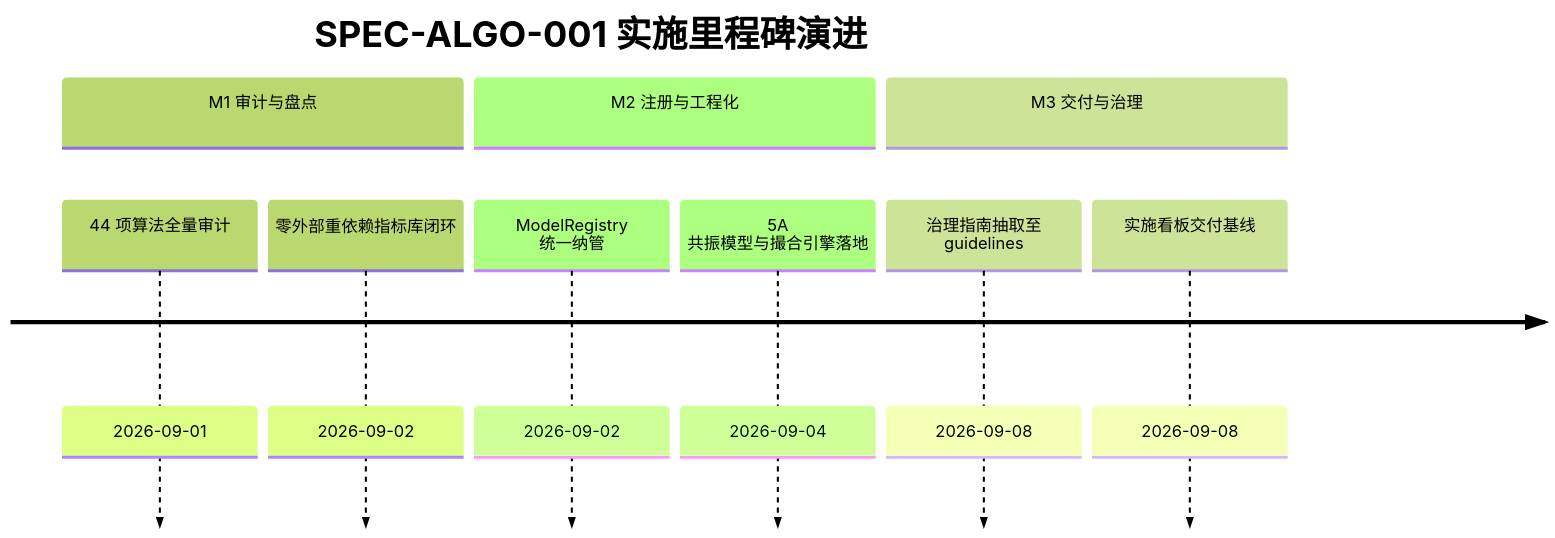
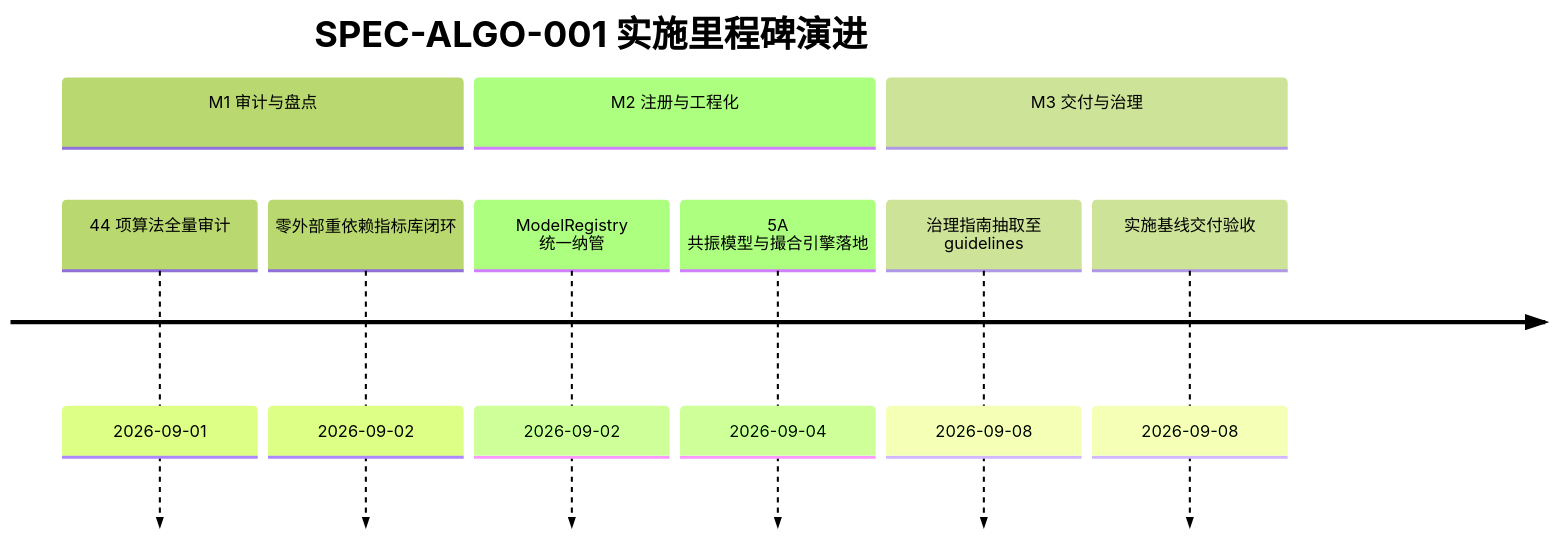
One commit to cvdnn/a_stock_agents changed the diagram in docs/specs/algorithm/algo-lifecycle-and-governance-specification.md. Above: the diagram before and after it, drawn with Mermaid (forest theme). The commit also changed other lines of this file and 6 other files, not shown here.

````diff
--- a/docs/specs/algorithm/algo-lifecycle-and-governance-specification.md
+++ b/docs/specs/algorithm/algo-lifecycle-and-governance-specification.md
@@ -44,13 +44,13 @@
 ```mermaid
 timeline
     title SPEC-ALGO-001 实施里程碑演进
     section M1 审计与盘点
       44 项算法全量审计 : 2026-09-01
       零外部重依赖指标库闭环 : 2026-09-02
     section M2 注册与工程化
       ModelRegistry 统一纳管 : 2026-09-02
       5A 共振模型与撮合引擎落地 : 2026-09-04
     section M3 交付与治理
       治理指南抽取至 guidelines : 2026-09-08
-      实施看板交付基线 : 2026-09-08
+      实施基线交付验收 : 2026-09-08
 ```
````
